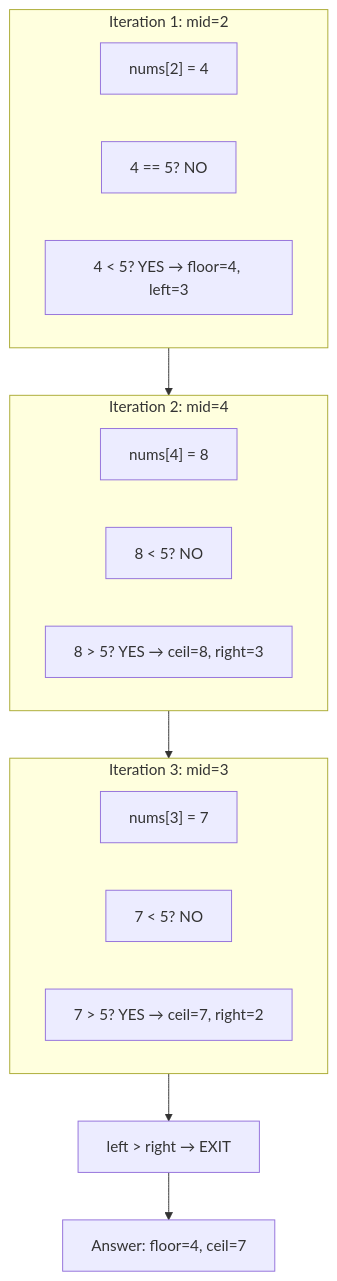
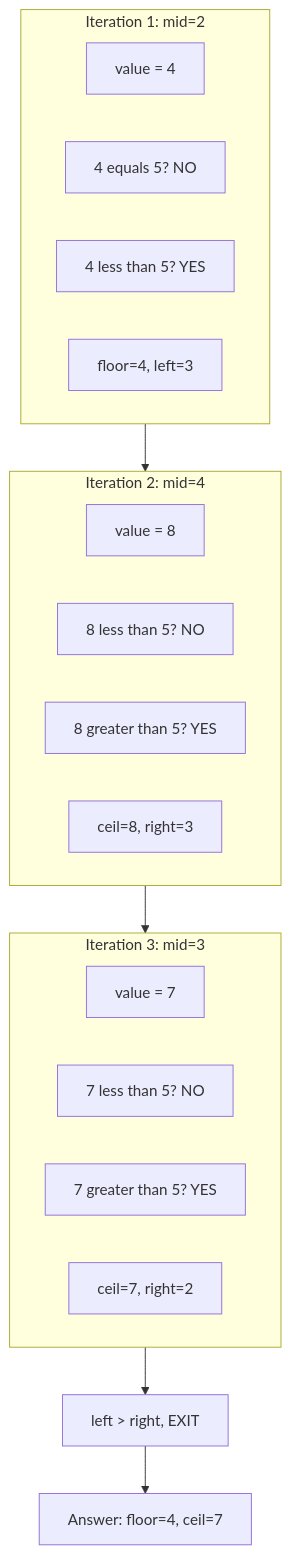
The sixth of 14 diagrams in dsa/Advanced/04-Binary search/02-logic-building/logic-building-1.md (pentoshi007/tuf), drawn with Mermaid before and after one commit. The commit also changed other lines of this file and 1 other file, not shown here.

First line of the commit message:
Fix Mermaid diagram syntax for GitHub compatibility

````diff
--- a/dsa/Advanced/04-Binary search/02-logic-building/logic-building-1.md
+++ b/dsa/Advanced/04-Binary search/02-logic-building/logic-building-1.md
@@ -247,23 +247,26 @@
 ```mermaid
 flowchart TB
     subgraph Iter1["Iteration 1: mid=2"]
-        A1["nums[2] = 4"]
-        A2["4 == 5? NO"]
-        A3["4 < 5? YES → floor=4, left=3"]
+        A1["value = 4"]
+        A2["4 equals 5? NO"]
+        A3["4 less than 5? YES"]
+        A4["floor=4, left=3"]
     end
     
     subgraph Iter2["Iteration 2: mid=4"]
-        B1["nums[4] = 8"]
-        B2["8 < 5? NO"]
-        B3["8 > 5? YES → ceil=8, right=3"]
+        B1["value = 8"]
+        B2["8 less than 5? NO"]
+        B3["8 greater than 5? YES"]
+        B4["ceil=8, right=3"]
     end
     
     subgraph Iter3["Iteration 3: mid=3"]
-        C1["nums[3] = 7"]
-        C2["7 < 5? NO"]
-        C3["7 > 5? YES → ceil=7, right=2"]
+        C1["value = 7"]
+        C2["7 less than 5? NO"]
+        C3["7 greater than 5? YES"]
+        C4["ceil=7, right=2"]
     end
     
-    Iter1 --> Iter2 --> Iter3 --> D["left > right → EXIT"]
+    Iter1 --> Iter2 --> Iter3 --> D["left > right, EXIT"]
     D --> E["Answer: floor=4, ceil=7"]
 ```
````
